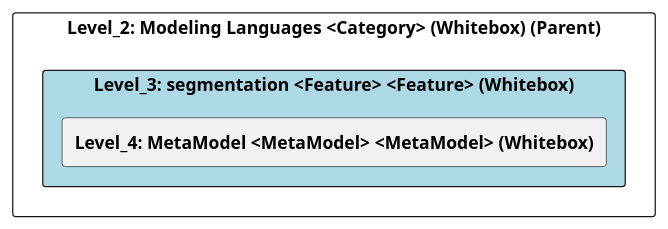
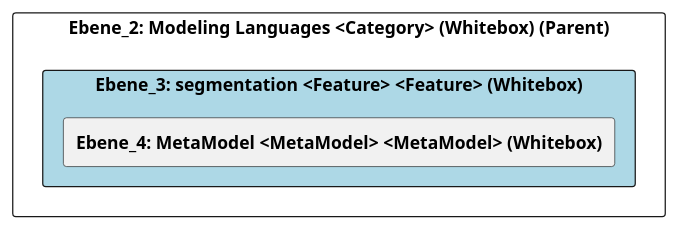
One commit to marcozwyssig/cleon changed the diagram in doc/cleonproject_deliverables_architecture_model_architecture/adoc/de/05_bausteinsicht/cleon/modeling_languages/segmentation/ebene_3_segmentation.adoc. Above: the diagram before and after it, drawn with PlantUML. The commit also changed other lines of this file and 258 other files, not shown here.

```diff
--- a/doc/cleonproject_deliverables_architecture_model_architecture/adoc/de/05_bausteinsicht/cleon/modeling_languages/segmentation/ebene_3_segmentation.adoc
+++ b/doc/cleonproject_deliverables_architecture_model_architecture/adoc/de/05_bausteinsicht/cleon/modeling_languages/segmentation/ebene_3_segmentation.adoc
@@ -24,24 +24,24 @@
-[plantuml, Level_3: segmentation <Feature> <Feature> (Whitebox)BlockOverview, format="svg"]
+[plantuml, Ebene_3: segmentation <Feature> <Feature> (Whitebox)BlockOverview, format="svg"]
 ----
-@startuml Level_3: segmentation <Feature> <Feature> (Whitebox)BuildingBlockOverview
+@startuml Ebene_3: segmentation <Feature> <Feature> (Whitebox)BuildingBlockOverview
 
 skinparam ranksep 10
 skinparam componentStyle rectangle
 skinparam shadowing false
 skinparam arrowColor lightblue
 skinparam arrowThickness 1.2
 skinparam rectangle {
   BackgroundColor White
   BorderColor #333
   RoundCorner 10
 }
 top to bottom direction
 
-component "Level_2: Modeling Languages <Category> (Whitebox) (Parent)" {
-    component "Level_3: segmentation <Feature> <Feature> (Whitebox)" #lightblue {
-        [**Level_4: MetaModel <MetaModel> <MetaModel> (Whitebox)**] as 4A56B728_D579_11EE_903E_9F564E4DE07E
+component "Ebene_2: Modeling Languages <Category> (Whitebox) (Parent)" {
+    component "Ebene_3: segmentation <Feature> <Feature> (Whitebox)" #lightblue {
+        [**Ebene_4: MetaModel <MetaModel> <MetaModel> (Whitebox)**] as 4A56B728_D579_11EE_903E_9F564E4DE07E
     }
 }
 
 @enduml
 ----
```
